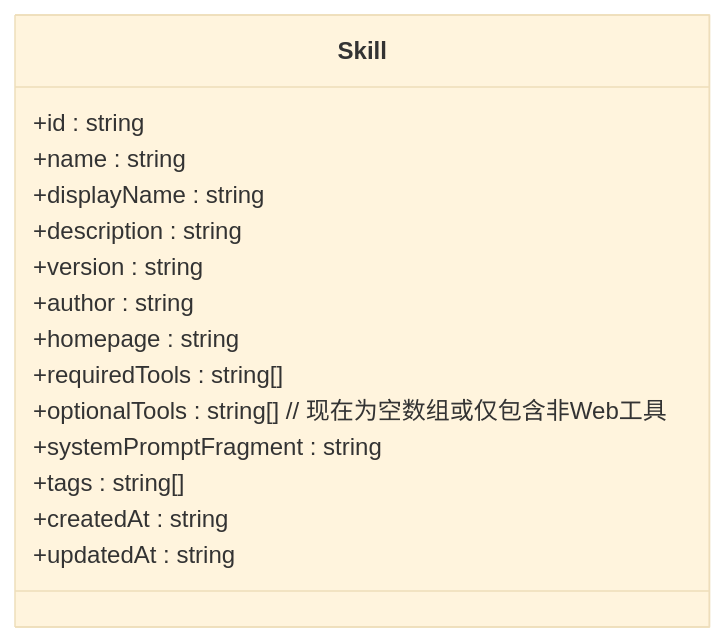
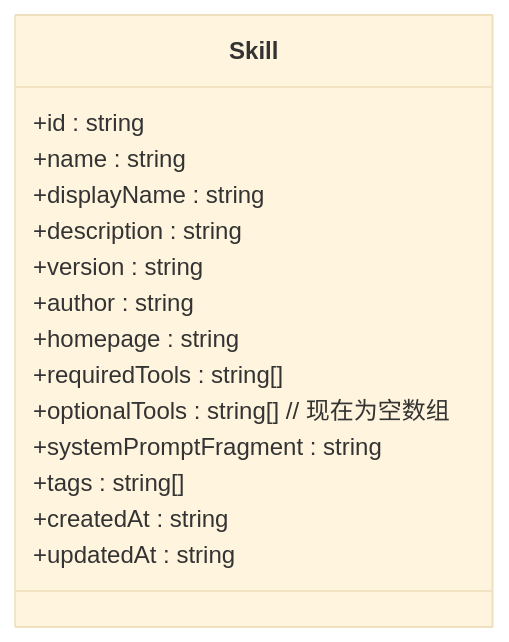
One commit to LRF0422/Kotion changed the ninth of 11 diagrams in .qoder/repowiki/zh/content/功能模块/AI技能市场系统.md. Above: the diagram before and after it, drawn with Mermaid (base theme). The commit also changed other lines of this file and 22 other files, not shown here.

````diff
--- a/.qoder/repowiki/zh/content/功能模块/AI技能市场系统.md
+++ b/.qoder/repowiki/zh/content/功能模块/AI技能市场系统.md
@@ -455,18 +390,18 @@
 ```mermaid
 classDiagram
 class Skill {
 +id : string
 +name : string
 +displayName : string
 +description : string
 +version : string
 +author : string
 +homepage : string
 +requiredTools : string[]
-+optionalTools : string[] // 现在为空数组或仅包含非Web工具
++optionalTools : string[] // 现在为空数组
 +systemPromptFragment : string
 +tags : string[]
 +createdAt : string
 +updatedAt : string
 }
 ```
````
